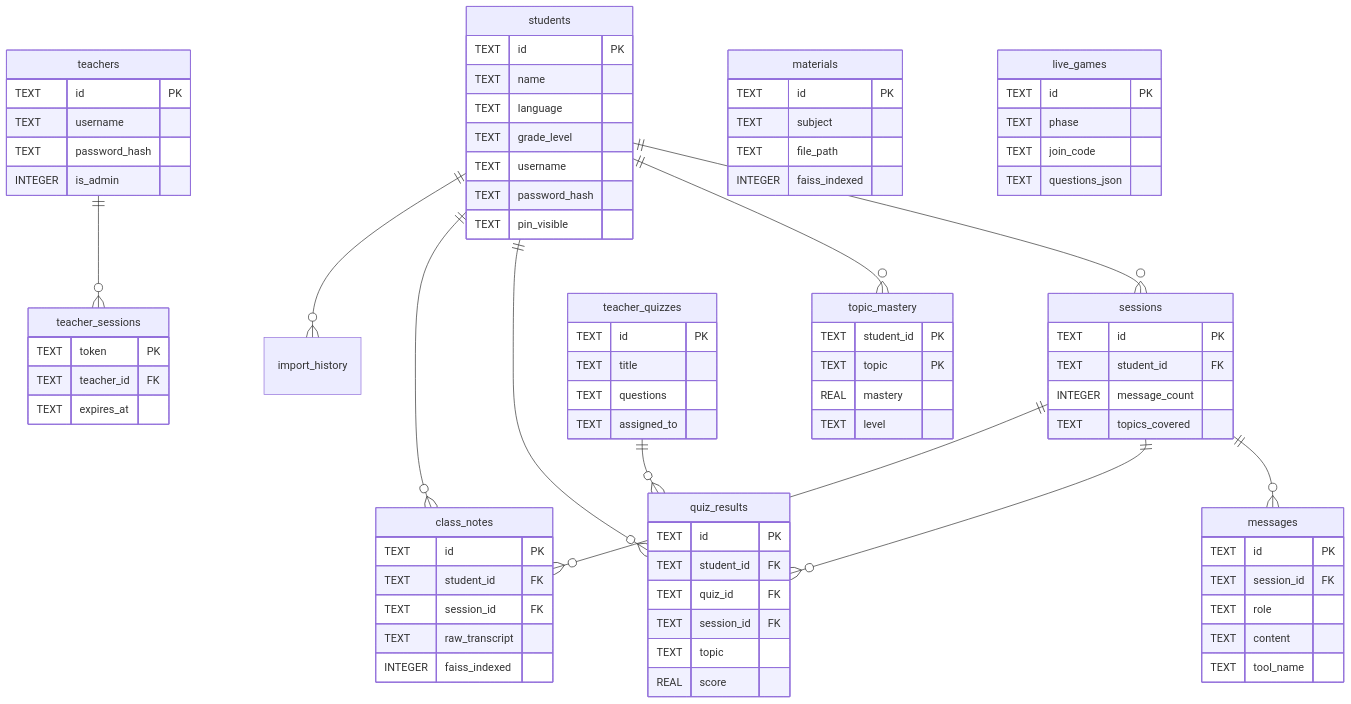
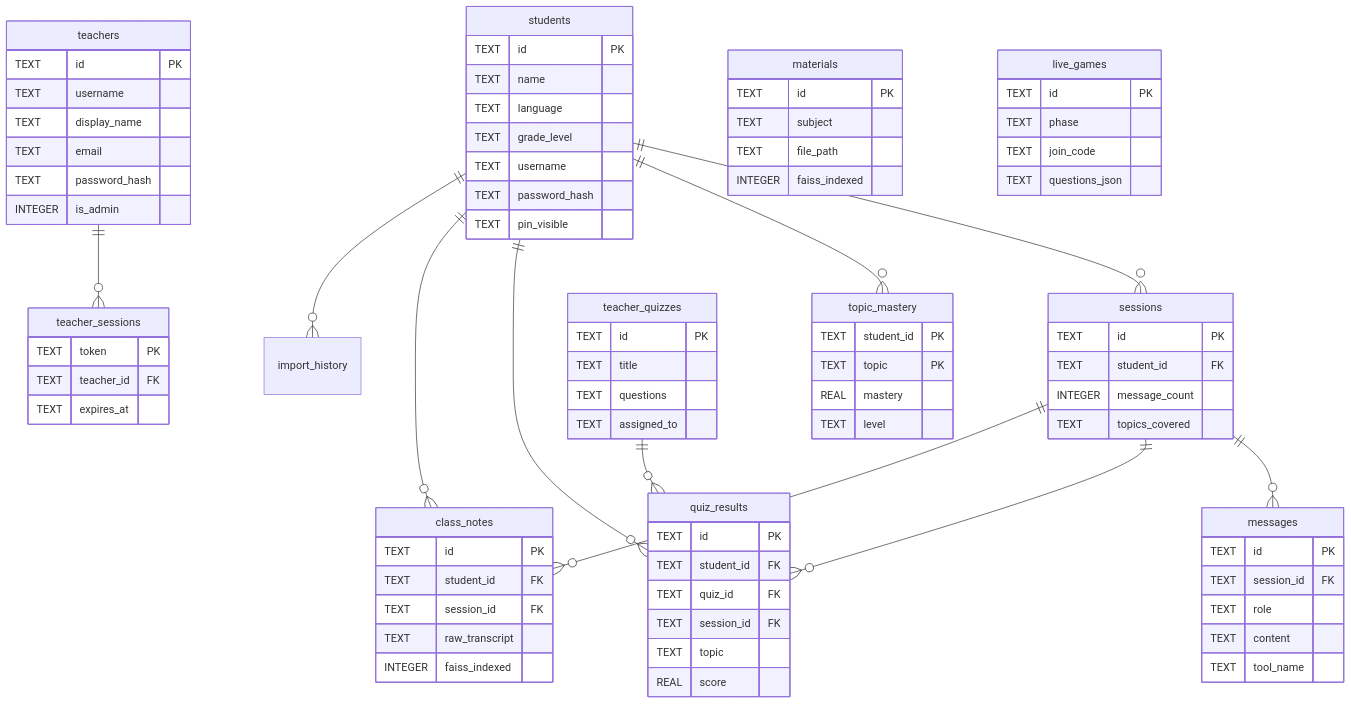
One commit to Ilakiancs/OptiLearn changed the sixth of 10 diagrams in DOCS.md. Above: the diagram before and after it, drawn with Mermaid. The commit also changed other lines of this file, not shown here.

Commit message:
Update DOCS.md with desktop layer, ENV_FILE fix, email column, corrected startup sequence

```diff
--- a/DOCS.md
+++ b/DOCS.md
@@ -357,6 +410,8 @@
     teachers {
         TEXT id PK
         TEXT username
+        TEXT display_name
+        TEXT email
         TEXT password_hash
         INTEGER is_admin
     }
```
